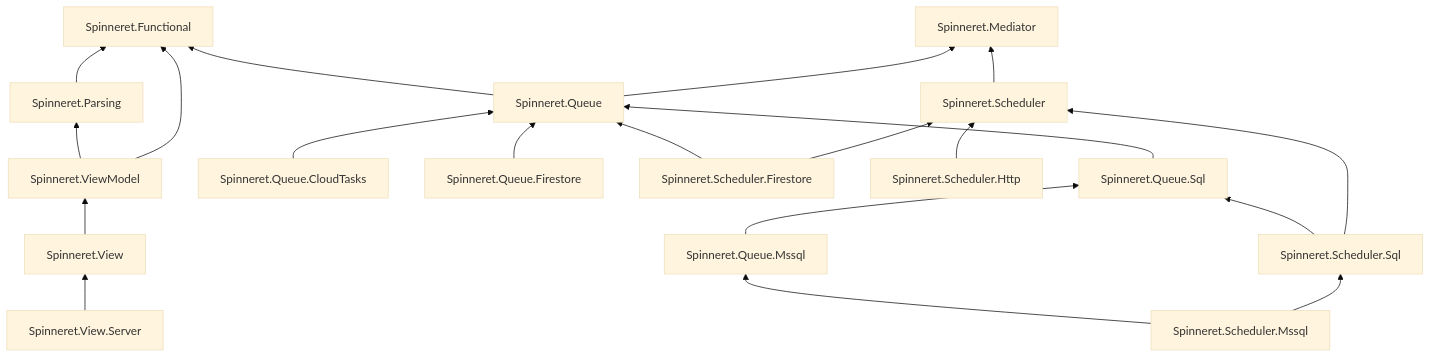
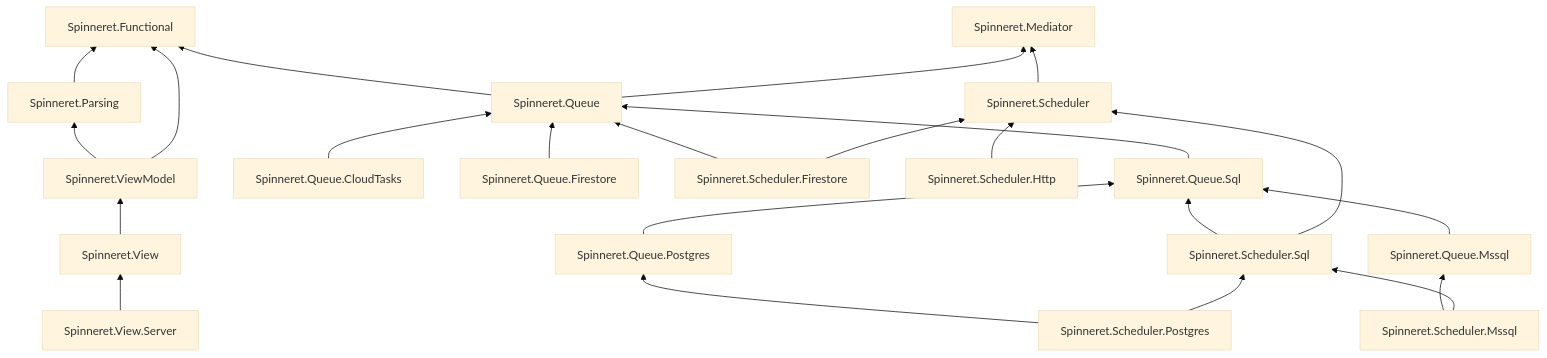
Before and after one commit to spinneret-net/spinneret: the diagram in README.md, drawn with Mermaid (base theme). The commit also changed other lines of this file and 110 other files, not shown here.

Commit message:
feat(postgres)!: add PostgreSQL queue and scheduler storage, sharing options, registration and conformance tests with SQL Server

````diff
--- a/README.md
+++ b/README.md
@@ -275,19 +277,21 @@
 ```mermaid
 graph BT
   Functional["Spinneret.Functional"]
   Parsing["Spinneret.Parsing"] --> Functional
   Mediator["Spinneret.Mediator"]
   Queue["Spinneret.Queue"] --> Mediator & Functional
   QueueSql["Spinneret.Queue.Sql"] --> Queue
   QueueMssql["Spinneret.Queue.Mssql"] --> QueueSql
+  QueuePostgres["Spinneret.Queue.Postgres"] --> QueueSql
   QueueCloudTasks["Spinneret.Queue.CloudTasks"] --> Queue
   QueueFirestore["Spinneret.Queue.Firestore"] --> Queue
   Scheduler["Spinneret.Scheduler"] --> Mediator
   SchedulerFirestore["Spinneret.Scheduler.Firestore"] --> Scheduler & Queue
   SchedulerSql["Spinneret.Scheduler.Sql"] --> Scheduler & QueueSql
   SchedulerMssql["Spinneret.Scheduler.Mssql"] --> SchedulerSql & QueueMssql
+  SchedulerPostgres["Spinneret.Scheduler.Postgres"] --> SchedulerSql & QueuePostgres
   SchedulerHttp["Spinneret.Scheduler.Http"] --> Scheduler
   ViewModel["Spinneret.ViewModel"] --> Functional & Parsing
   View["Spinneret.View"] --> ViewModel
   ViewServer["Spinneret.View.Server"] --> View
 ```
````
